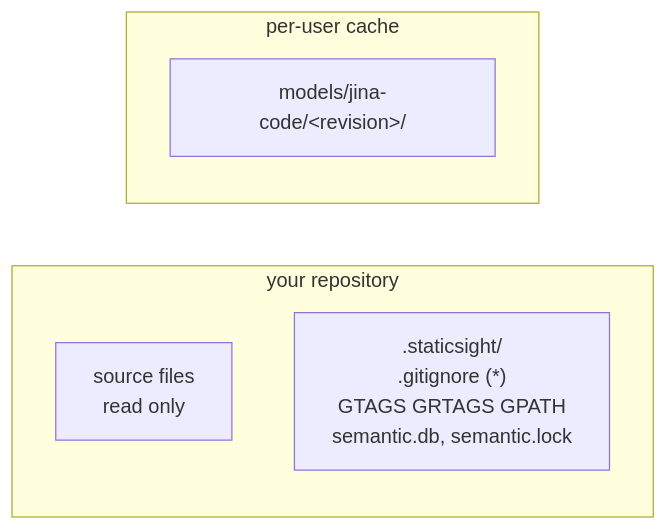
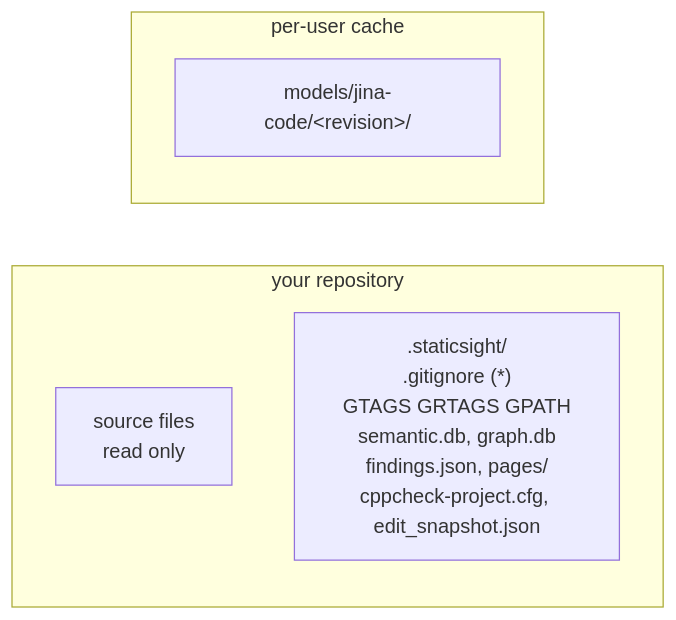
Before and after one commit to rashmirrout/StaticSight: the third of 3 diagrams in docs/book/04-architecture.md, drawn with Mermaid. The commit also changed other lines of this file and 174 other files, not shown here.

Commit message:
Expand code intelligence tools and improve cross-platform reliability 	- Add graph analysis, change planning, and finding verification tools       	- Add embedding model selection and improve Windows path and IPv6 handling 	- Expand documentation, fixtures, and Python/TypeScript parity coverage

````diff
--- a/docs/book/04-architecture.md
+++ b/docs/book/04-architecture.md
@@ -134,10 +151,10 @@
 ```mermaid
 flowchart LR
     subgraph repo["your repository"]
         SRC[source files<br/>read only]
-        D[".staticsight/<br/>.gitignore (*)<br/>GTAGS GRTAGS GPATH<br/>semantic.db, semantic.lock"]
+        D[".staticsight/<br/>.gitignore (*)<br/>GTAGS GRTAGS GPATH<br/>semantic.db, graph.db<br/>findings.json, pages/<br/>cppcheck-project.cfg, edit_snapshot.json"]
     end
     subgraph user["per-user cache"]
         MOD["models/jina-code/&lt;revision&gt;/"]
     end
 ```
````
